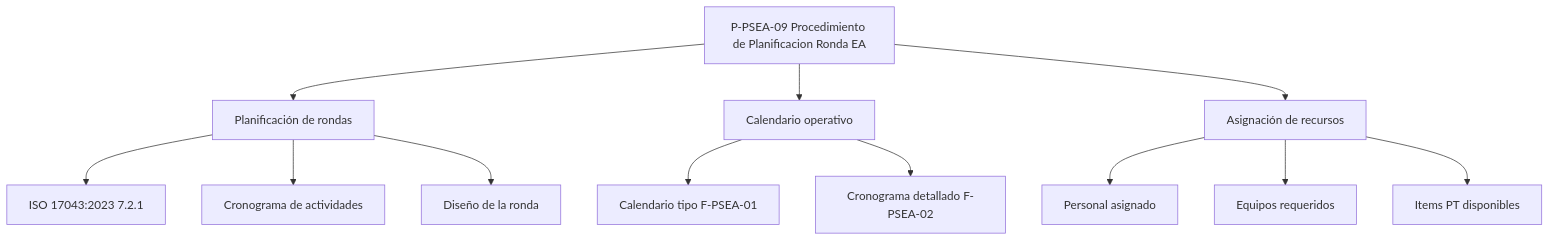
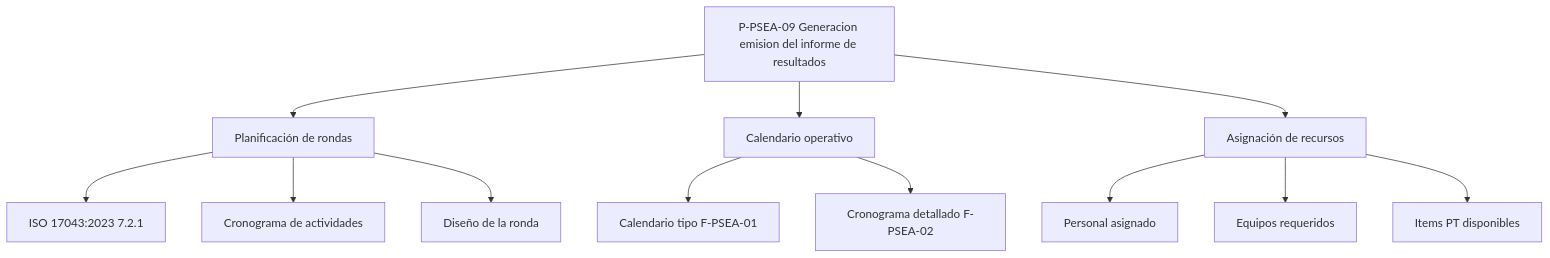
The tenth of 49 diagrams in docs/documentacion_sgc/01_bloque_general/05_matrices_inventarios/Árbol Maestro PSEA.md (willl182/calaire-ea), drawn with Mermaid before and after one commit. The commit also changed other lines of this file and 257 other files, not shown here.

````diff
--- a/docs/documentacion_sgc/01_bloque_general/05_matrices_inventarios/Árbol Maestro PSEA.md
+++ b/docs/documentacion_sgc/01_bloque_general/05_matrices_inventarios/Árbol Maestro PSEA.md
@@ -222,17 +222,17 @@
 ```mermaid
 graph TD
-    P9[P-PSEA-09 Procedimiento de Planificacion Ronda EA]
+    P9[P-PSEA-09 Generacion emision del informe de resultados]
     
     P9 --> P91[Planificación de rondas]
     P9 --> P92[Calendario operativo]
     P9 --> P93[Asignación de recursos]
     
     P91 --> P911[ISO 17043:2023 7.2.1]
     P91 --> P912[Cronograma de actividades]
     P91 --> P913[Diseño de la ronda]
     P92 --> P921[Calendario tipo F-PSEA-01]
     P92 --> P922[Cronograma detallado F-PSEA-02]
     P93 --> P931[Personal asignado]
     P93 --> P932[Equipos requeridos]
     P93 --> P933[Items PT disponibles]
 ```
````
